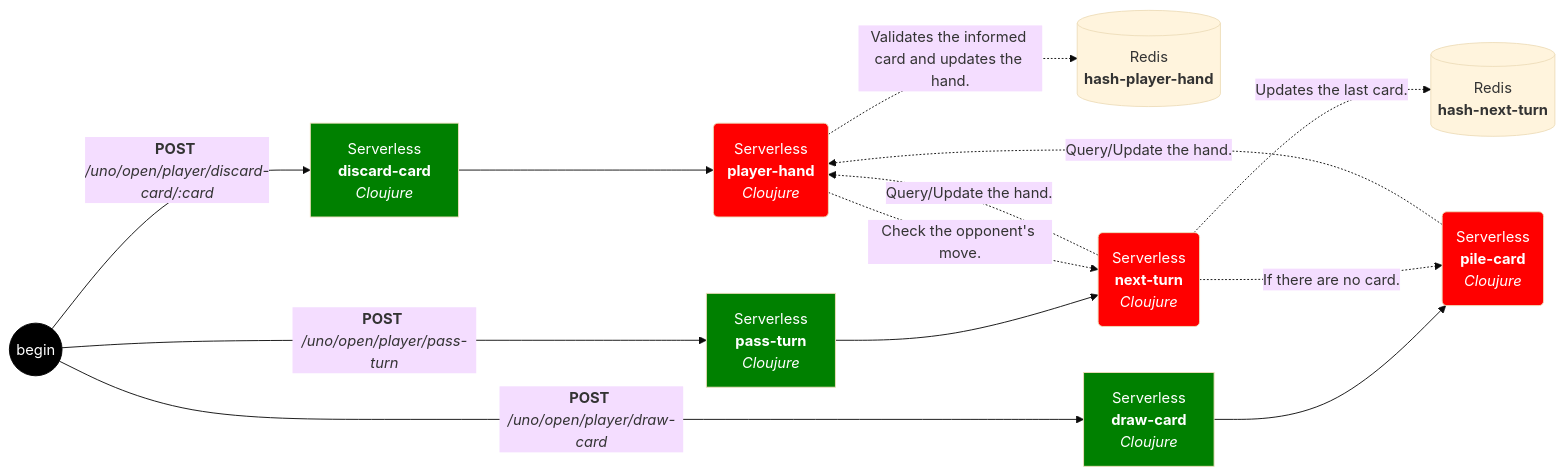
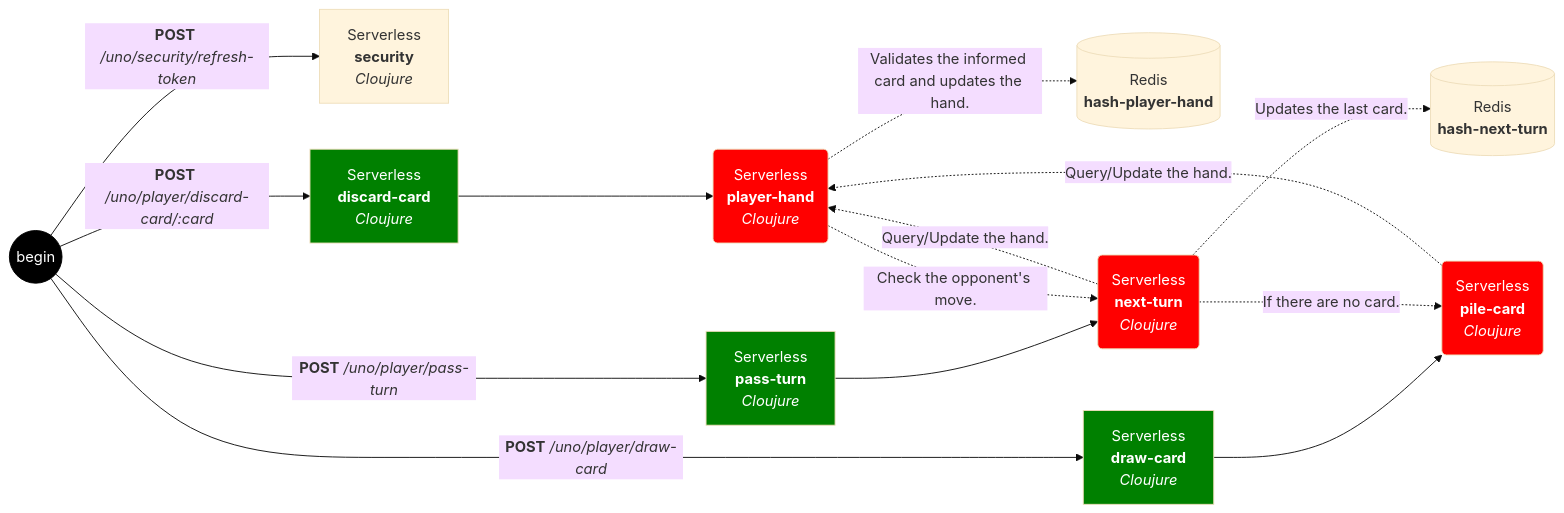
One commit to olbiwan/uno changed the diagram in README.md. Above: the diagram before and after it, drawn with Mermaid (base theme).

````diff
--- a/README.md
+++ b/README.md
@@ -18,20 +18,21 @@
 ```mermaid
 flowchart LR
     SC -.->|Validates the informed card and updates the hand.| HPH[(Redis<br><b>hash-player-hand</b>)]
     U((begin))
-    U -->|<b>POST</b> <i>/uno/open/player/discard-card/:card</i>| FA[Serverless<br><b>discard-card</b><br><i>Cloujure</i>]
-    U -->|<b>POST</b> <i>/uno/open/player/draw-card</i>| FB[Serverless<br><b>draw-card</b><br><i>Cloujure</i>]
-    U -->|<b>POST</b> <i>/uno/open/player/pass-turn</i>| FC[Serverless<br><b>pass-turn</b><br><i>Cloujure</i>]
+    U -->|<b>POST</b> <i>/uno/security/refresh-token</i>| Z[Serverless<br><b>security</b><br><i>Cloujure</i>]
+    U -->|<b>POST</b> <i>/uno/player/discard-card/:card</i>| FA[Serverless<br><b>discard-card</b><br><i>Cloujure</i>]
+    U -->|<b>POST</b> <i>/uno/player/draw-card</i>| FB[Serverless<br><b>draw-card</b><br><i>Cloujure</i>]
+    U -->|<b>POST</b> <i>/uno/player/pass-turn</i>| FC[Serverless<br><b>pass-turn</b><br><i>Cloujure</i>]
     FA --> SC(Serverless<br><b>player-hand</b><br><i>Cloujure</i>)
     FC --> SA(Serverless<br><b>next-turn</b><br><i>Cloujure</i>)
     FB --> SB(Serverless<br><b>pile-card</b><br><i>Cloujure</i>)
     SA -.->|Updates the last card.| HNT[(Redis<br><b>hash-next-turn</b>)]
     SA -.->|If there are no card.| SB
     SA & SB -.->|Query/Update the hand.| SC
     SC -.->|Check the opponent's move.| SA
     classDef first color:#fff,fill:green;
     classDef second color:#fff,fill:red;
     style U  color:#fff,fill:#000,stroke:#000;
     class FA,FB,FC first;
     class SA,SB,SC second;
 ```
````
